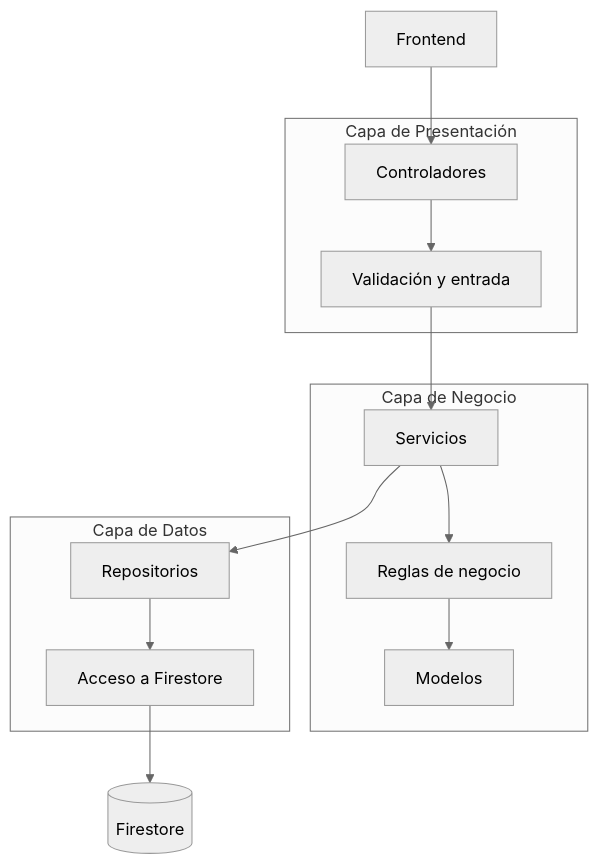
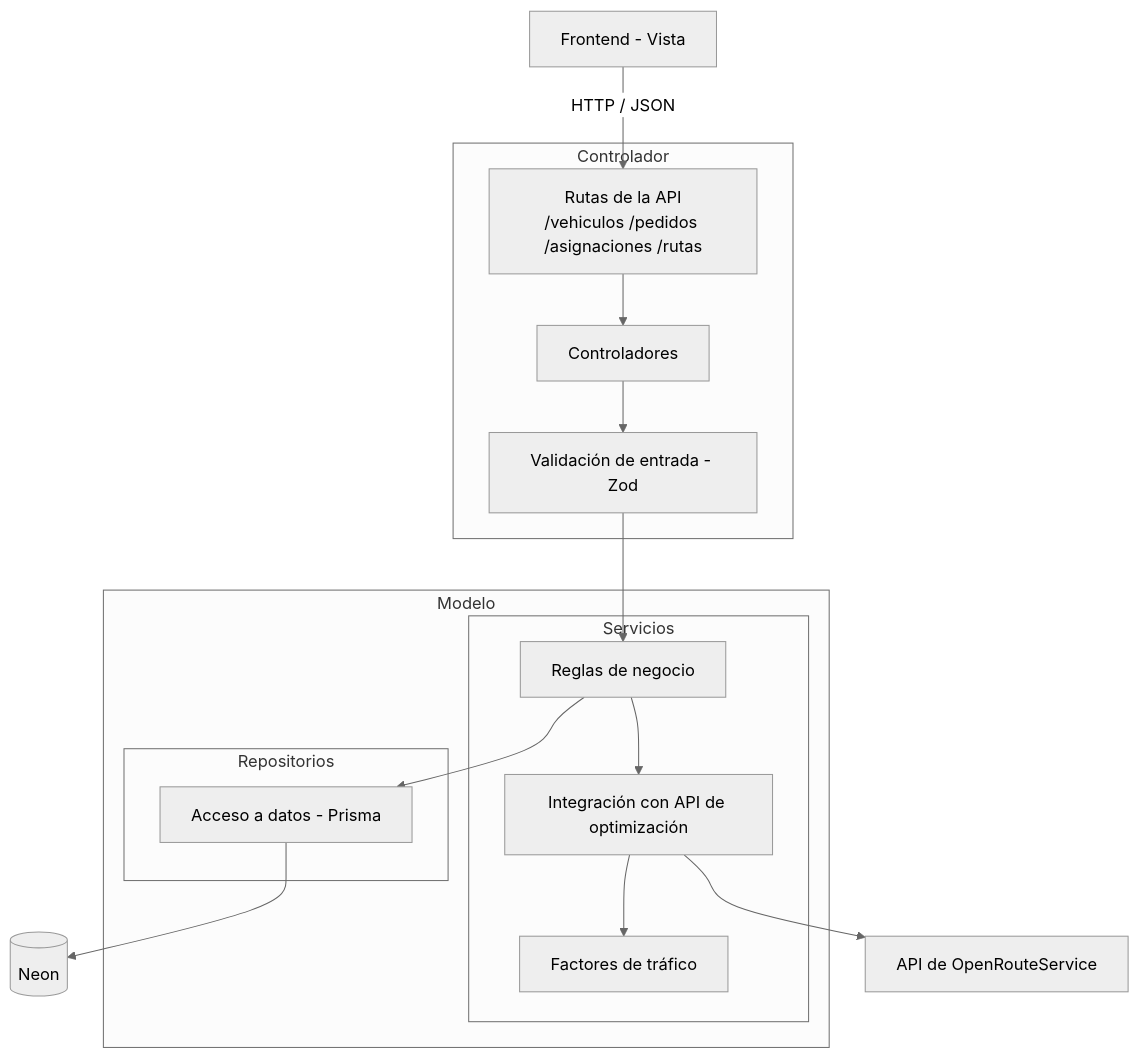
One commit to DayanaJC/EcoRuta-Wanka changed the third of 4 diagrams in docs/01 Inicio/12. Modelo C4 V_1_0_0.md. Above: the diagram before and after it, drawn with Mermaid (neutral theme). The commit also changed other lines of this file and 14 other files, not shown here.

````diff
--- a/docs/01 Inicio/12. Modelo C4 V_1_0_0.md
+++ b/docs/01 Inicio/12. Modelo C4 V_1_0_0.md
@@ -111,32 +123,35 @@
 ```mermaid
 flowchart TB
 
-    F[Frontend]
+    F[Frontend - Vista]
 
-    subgraph P["Capa de Presentación"]
-        P1[Controladores]
-        P2[Validación y entrada]
+    subgraph C["Controlador"]
+        C1[Rutas de la API<br/>/vehiculos /pedidos /asignaciones /rutas]
+        C2[Controladores]
+        C3[Validación de entrada - Zod]
     end
 
-    subgraph N["Capa de Negocio"]
-        N1[Servicios]
-        N2[Reglas de negocio]
-        N3[Modelos]
+    subgraph M["Modelo"]
+        subgraph S["Servicios"]
+            S1[Reglas de negocio]
+            S2[Integración con API de optimización]
+            S3[Factores de tráfico]
+        end
+        subgraph R["Repositorios"]
+            R1[Acceso a datos - Prisma]
+        end
     end
 
-    subgraph D["Capa de Datos"]
-        D1[Repositorios]
-        D2[Acceso a Firestore]
-    end
+    DB[(Neon)]
+    ORS[API de OpenRouteService]
 
-    DB[(Firestore)]
-
-    F --> P1
-    P1 --> P2
-    P2 --> N1
-    N1 --> N2
-    N2 --> N3
-    N1 --> D1
-    D1 --> D2
-    D2 --> DB
+    F -->|HTTP / JSON| C1
+    C1 --> C2
+    C2 --> C3
+    C3 --> S1
+    S1 --> R1
+    S1 --> S2
+    S2 --> S3
+    S2 --> ORS
+    R1 --> DB
 ```
````
